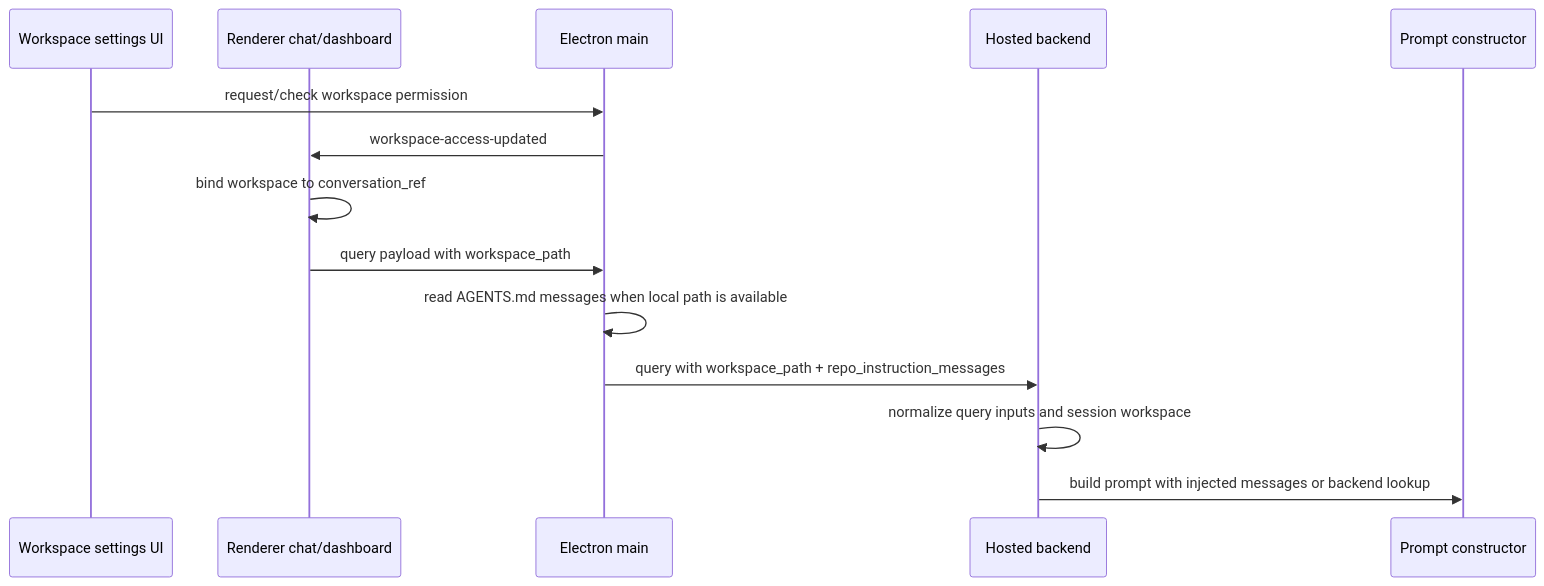
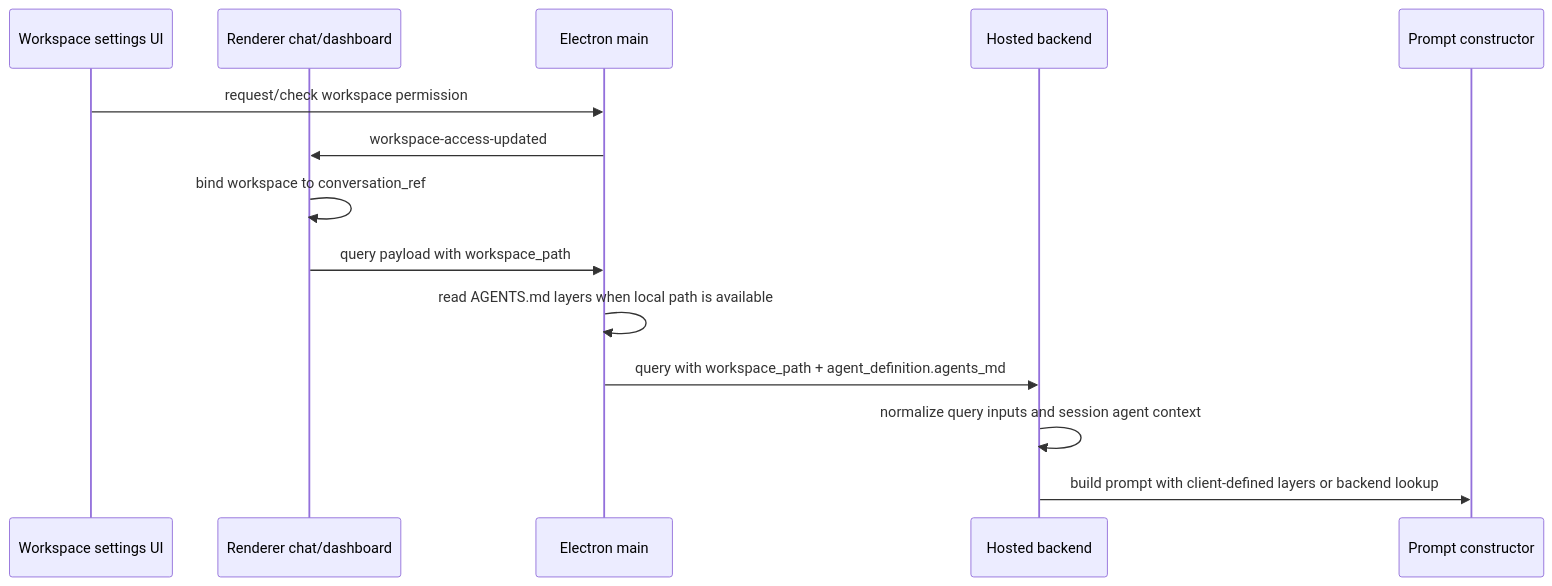
One commit to buiilding/My_Own_OpenClaw changed the diagram in docs/frontend/runtime/workspace_context_change_workflow.md. Above: the diagram before and after it, drawn with Mermaid. The commit also changed other lines of this file and 15 other files, not shown here.

Commit message:
refactor(agent): route workspace context through agent definition

````diff
--- a/docs/frontend/runtime/workspace_context_change_workflow.md
+++ b/docs/frontend/runtime/workspace_context_change_workflow.md
@@ -49,17 +49,17 @@
 ```mermaid
 sequenceDiagram
     participant Settings as Workspace settings UI
     participant Renderer as Renderer chat/dashboard
     participant Main as Electron main
     participant Backend as Hosted backend
     participant Prompt as Prompt constructor
 
     Settings->>Main: request/check workspace permission
     Main->>Renderer: workspace-access-updated
     Renderer->>Renderer: bind workspace to conversation_ref
     Renderer->>Main: query payload with workspace_path
-    Main->>Main: read AGENTS.md messages when local path is available
-    Main->>Backend: query with workspace_path + repo_instruction_messages
-    Backend->>Backend: normalize query inputs and session workspace
-    Backend->>Prompt: build prompt with injected messages or backend lookup
+    Main->>Main: read AGENTS.md layers when local path is available
+    Main->>Backend: query with workspace_path + agent_definition.agents_md
+    Backend->>Backend: normalize query inputs and session agent context
+    Backend->>Prompt: build prompt with client-defined layers or backend lookup
 ```
````
